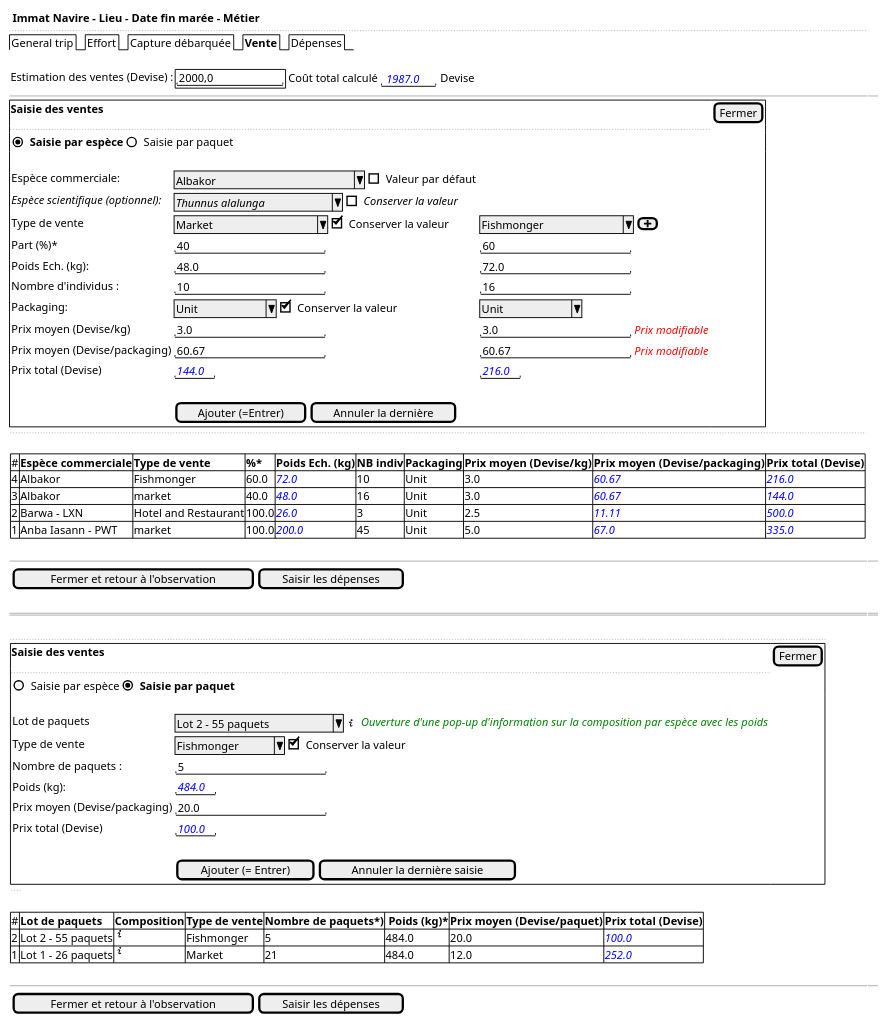
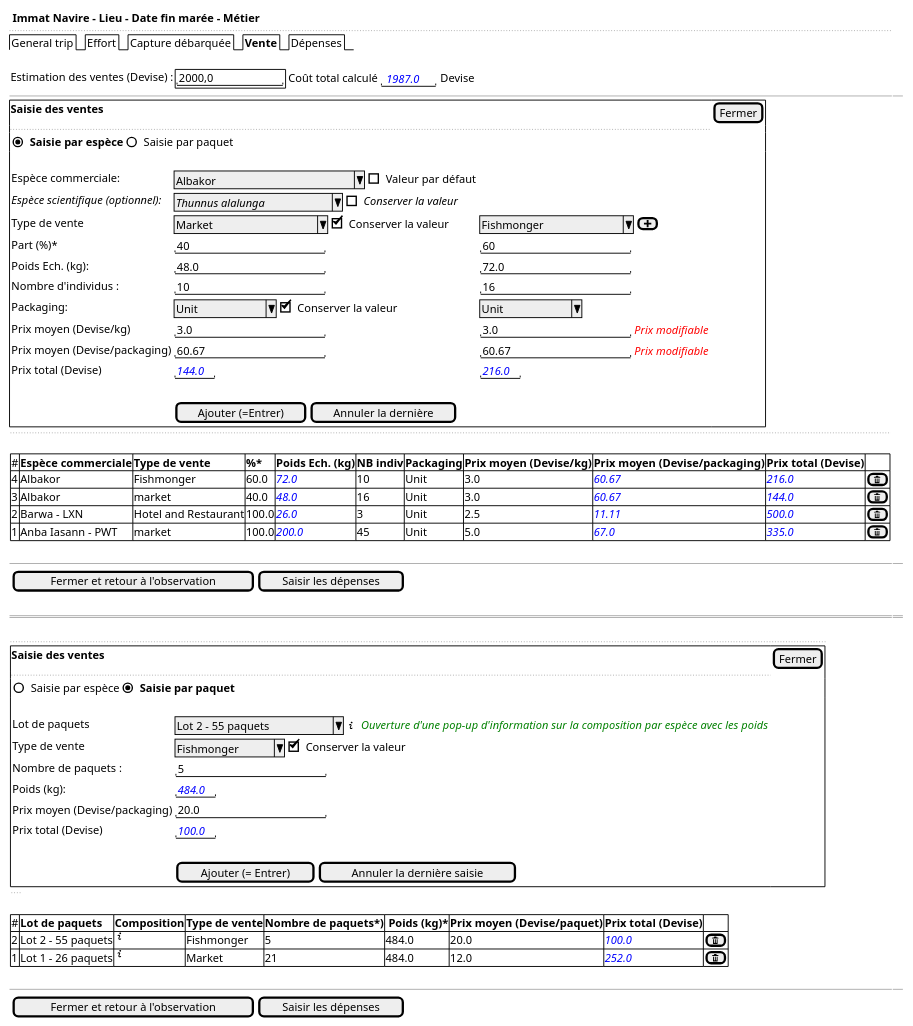
Before and after one commit to sumaris-net/sumaris-doc: the diagram in use-case/collect/sales-expenses/landing-ui-sales-plus-tablet.puml, drawn with PlantUML. The commit also changed 20 other files, not shown here.

```diff
--- a/use-case/collect/sales-expenses/landing-ui-sales-plus-tablet.puml
+++ b/use-case/collect/sales-expenses/landing-ui-sales-plus-tablet.puml
@@ -1,78 +1,78 @@
 @startsalt
 {
   <b> Immat Navire - Lieu - Date fin marée - Métier
   ..
   {/ General trip | Effort | Capture débarquée | <b>Vente | Dépenses }
   .
   {Estimation des ventes (Devise) : {+"   2000,0     " } | {Coût total calculé  {"<color:blue><i> 1987.0"} Devise }}
   -- | --
   {+
     <b>Saisie des ventes | [Fermer]
     ..
     {(X) <b>Saisie par espèce | () Saisie par paquet }
     {
         .
         Espèce commerciale:                   | { ^Albakor                 ^ | [] Valeur par défaut }
         <i>Espèce scientifique (optionnel):   | { ^<i>Thunnus alalunga     ^ | [] <i>Conserver la valeur }
         Type de vente                   | { ^Market             ^ | [X] Conserver la valeur } | { ^Fishmonger         ^ | [<&plus>]}
         Part (%)*                       | { "  40                " }                          | { "  60                "}
         Poids Ech. (kg):                | { "     48.0           " }                          | { "     72.0           "}
         Nombre d'individus :            | { "      10            " }                          | { "      16            "}
         Packaging:                      | { ^Unit        ^ | [X] Conserver la valeur }           | { ^Unit        ^ }
         Prix moyen (Devise/kg)          | { "               3.0  "  }                         | { "3.0                 " | <color:red><i>Prix modifiable }
         Prix moyen (Devise/packaging)   | { "               60.67"  }                         | { "60.67               " | <color:red><i>Prix modifiable }
         Prix total (Devise)             | { "<color:blue><i>144.0"  }                         | { "<color:blue><i>216.0"  }
         .
         . |  {[Ajouter (=Entrer)] | [Annuler la dernière]}
     }
   }
     {
   ..
   .
       {#
-          # | <b>Espèce commerciale | <b>Type de vente     | <b>%* | <b>Poids Ech. (kg)     | <b>NB indiv    | <b>Packaging | <b>Prix moyen (Devise/kg) | <b>Prix moyen (Devise/packaging)  | <b>Prix total (Devise)
-          4 | Albakor               | Fishmonger           |  60.0 | <color:blue><i>72.0    | 10             | Unit         | 3.0                       | <color:blue><i>60.67              | <color:blue><i>216.0
-          3 | Albakor               | market               |  40.0 | <color:blue><i>48.0    | 16             | Unit         | 3.0                       | <color:blue><i>60.67              | <color:blue><i>144.0
-          2 | Barwa - LXN           | Hotel and Restaurant | 100.0 | <color:blue><i>26.0    | 3              | Unit         | 2.5                       | <color:blue><i>11.11              | <color:blue><i>500.0
-          1 | Anba Iasann - PWT     | market               | 100.0 | <color:blue><i>200.0   | 45             | Unit         | 5.0                       | <color:blue><i>67.0               | <color:blue><i>335.0
+          # | <b>Espèce commerciale | <b>Type de vente     | <b>%* | <b>Poids Ech. (kg)     | <b>NB indiv    | <b>Packaging | <b>Prix moyen (Devise/kg) | <b>Prix moyen (Devise/packaging)  | <b>Prix total (Devise) | .
+          4 | Albakor               | Fishmonger           |  60.0 | <color:blue><i>72.0    | 10             | Unit         | 3.0                       | <color:blue><i>60.67              | <color:blue><i>216.0   | [<&trash>]
+          3 | Albakor               | market               |  40.0 | <color:blue><i>48.0    | 16             | Unit         | 3.0                       | <color:blue><i>60.67              | <color:blue><i>144.0   | [<&trash>]
+          2 | Barwa - LXN           | Hotel and Restaurant | 100.0 | <color:blue><i>26.0    | 3              | Unit         | 2.5                       | <color:blue><i>11.11              | <color:blue><i>500.0   | [<&trash>]
+          1 | Anba Iasann - PWT     | market               | 100.0 | <color:blue><i>200.0   | 45             | Unit         | 5.0                       | <color:blue><i>67.0               | <color:blue><i>335.0   | [<&trash>]
       }
     }
     .
     -- | --
     {{[Fermer et retour à l'observation] | [Saisir les dépenses]}}
   .
   == | ==
   .
   {
   ..
   {+
     <b>Saisie des ventes | [Fermer]
     ..
     {() Saisie par espèce | (X) <b>Saisie par paquet }
     {
         .
         Lot de paquets          | { ^ Lot 2 - 55 paquets  ^ | <&info> <color:green><i> Ouverture d'une pop-up d'information sur la composition par espèce avec les poids }
         Type de vente           | { ^Fishmonger   ^ | [X] Conserver la valeur }
         Nombre de paquets :     | { "          5         "  }
         Poids (kg):             | { "<color:blue><i>484.0"  }
         Prix moyen (Devise/packaging)   | { "         20.0       "  }
         Prix total (Devise)             | { "<color:blue><i>100.0"  }
         .
         . |  {[Ajouter (= Entrer)] | [Annuler la dernière saisie]}
     }
   }
     {
   ..
   .
 }
       {#
-          # | <b>Lot de paquets  | <b>Composition   | <b>Type de vente | <b>Nombre de paquets*) | <b> Poids (kg)* | <b>Prix moyen (Devise/paquet) | <b>Prix total (Devise)
-          2 | Lot 2 - 55 paquets | <&info>          | Fishmonger       | 5                      | 484.0           | 20.0                          | <color:blue><i>100.0
-          1 | Lot 1 - 26 paquets | <&info>          | Market           | 21                     | 484.0           | 12.0                          | <color:blue><i>252.0
+          # | <b>Lot de paquets  | <b>Composition   | <b>Type de vente | <b>Nombre de paquets*) | <b> Poids (kg)* | <b>Prix moyen (Devise/paquet) | <b>Prix total (Devise) | .
+          2 | Lot 2 - 55 paquets | <&info>          | Fishmonger       | 5                      | 484.0           | 20.0                          | <color:blue><i>100.0   | [<&trash>]
+          1 | Lot 1 - 26 paquets | <&info>          | Market           | 21                     | 484.0           | 12.0                          | <color:blue><i>252.0   | [<&trash>]
       }
   }
   .
   -- | --
   {{[Fermer et retour à l'observation] | [Saisir les dépenses]}}
 }
 @endsalt
```
